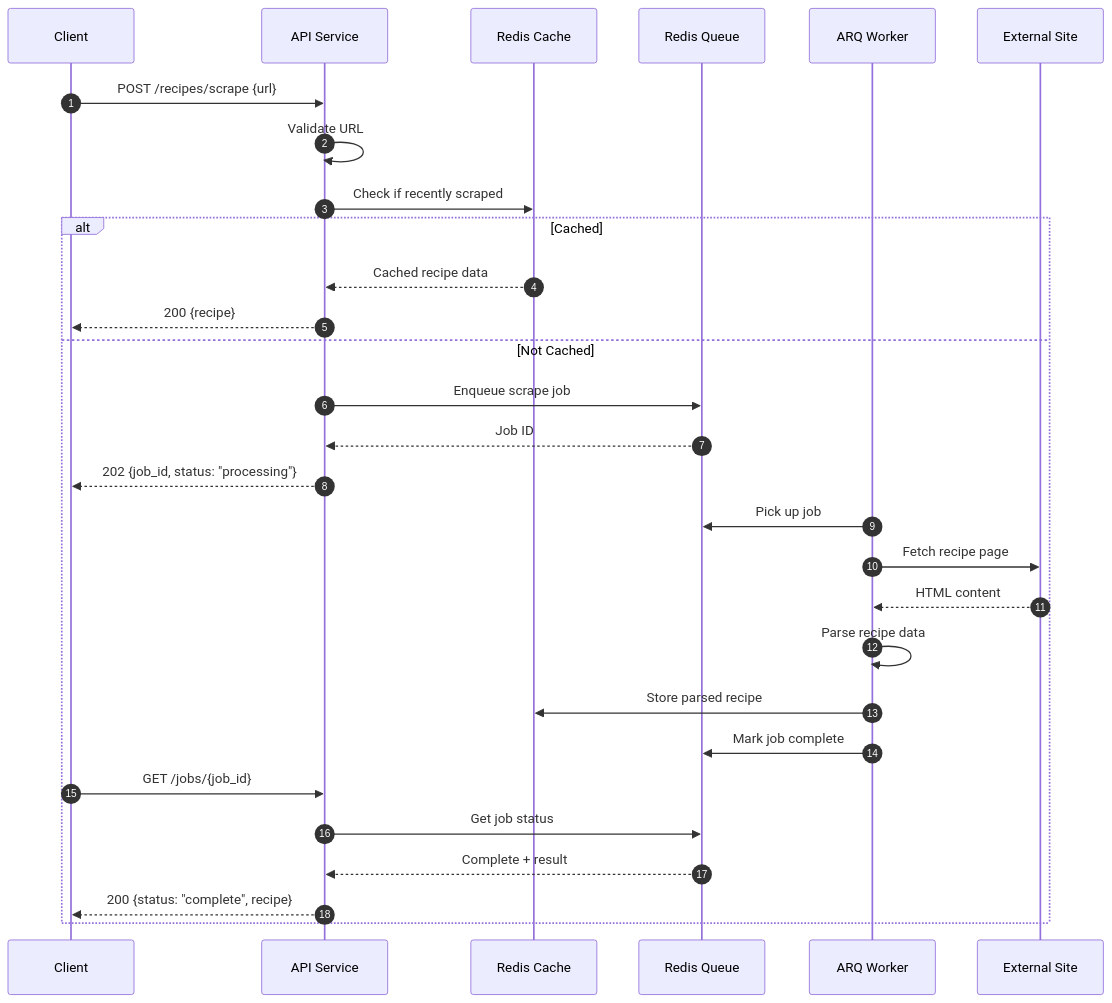
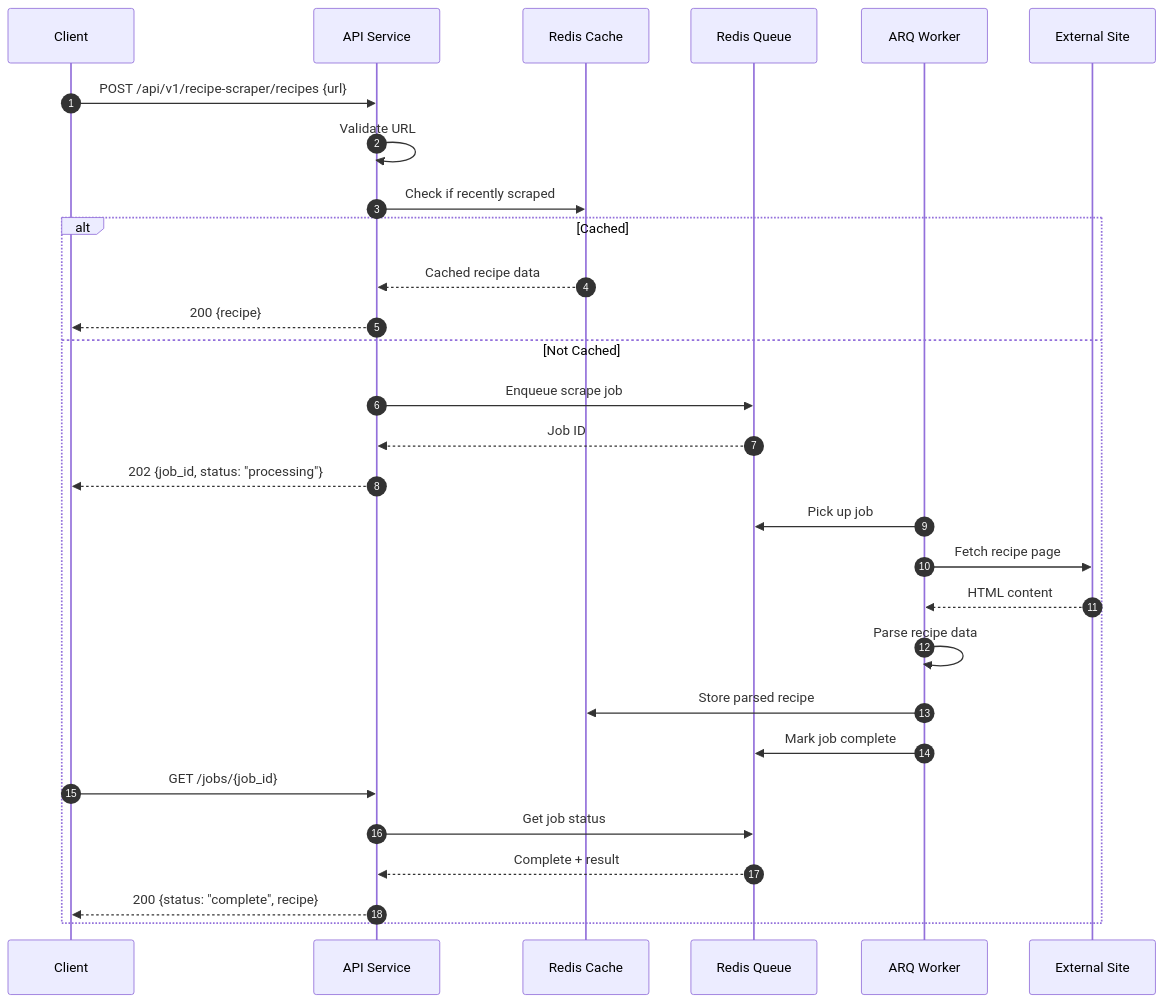
Before and after one commit to Recipe-Web-App/recipe-scraper-service: diagram 13 of 14 in docs/architecture.md, drawn with Mermaid. The commit also changed other lines of this file and 23 other files, not shown here.

````diff
--- a/docs/architecture.md
+++ b/docs/architecture.md
@@ -369,35 +369,35 @@
 ```mermaid
 sequenceDiagram
     autonumber
     participant C as Client
     participant API as API Service
     participant Cache as Redis Cache
     participant Queue as Redis Queue
     participant Worker as ARQ Worker
     participant External as External Site
 
-    C->>API: POST /recipes/scrape {url}
+    C->>API: POST /api/v1/recipe-scraper/recipes {url}
     API->>API: Validate URL
     API->>Cache: Check if recently scraped
 
     alt Cached
         Cache-->>API: Cached recipe data
         API-->>C: 200 {recipe}
     else Not Cached
         API->>Queue: Enqueue scrape job
         Queue-->>API: Job ID
         API-->>C: 202 {job_id, status: "processing"}
 
         Worker->>Queue: Pick up job
         Worker->>External: Fetch recipe page
         External-->>Worker: HTML content
         Worker->>Worker: Parse recipe data
         Worker->>Cache: Store parsed recipe
         Worker->>Queue: Mark job complete
 
         C->>API: GET /jobs/{job_id}
         API->>Queue: Get job status
         Queue-->>API: Complete + result
         API-->>C: 200 {status: "complete", recipe}
     end
 ```
````
